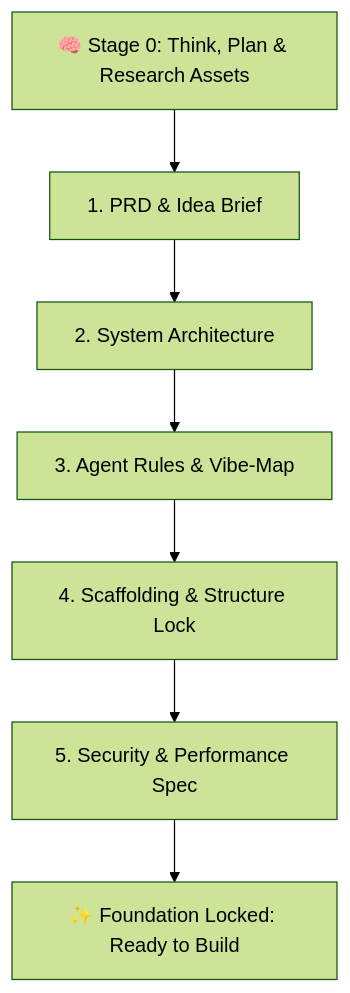
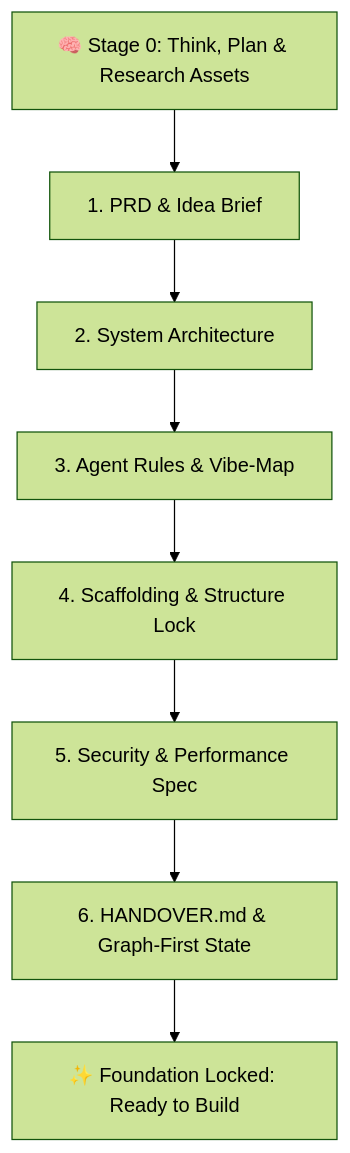
One commit to muchandresh/project-initiator changed the diagram in README.md. Above: the diagram before and after it, drawn with Mermaid (forest theme). The commit also changed other lines of this file and 6 other files, not shown here.

Commit message:
feat: add cross-model and platform Handover mechanism (HANDOVER.md) with map-first mandate

````diff
--- a/README.md
+++ b/README.md
@@ -19,9 +19,10 @@
 ```mermaid
 flowchart TD
     A[🧠 Stage 0: Think, Plan & Research Assets] --> B[1. PRD & Idea Brief]
     B --> C[2. System Architecture]
     C --> D[3. Agent Rules & Vibe-Map]
     D --> E[4. Scaffolding & Structure Lock]
     E --> F[5. Security & Performance Spec]
-    F --> G[✨ Foundation Locked: Ready to Build]
+    F --> G[6. HANDOVER.md & Graph-First State]
+    G --> H[✨ Foundation Locked: Ready to Build]
 ```
````
